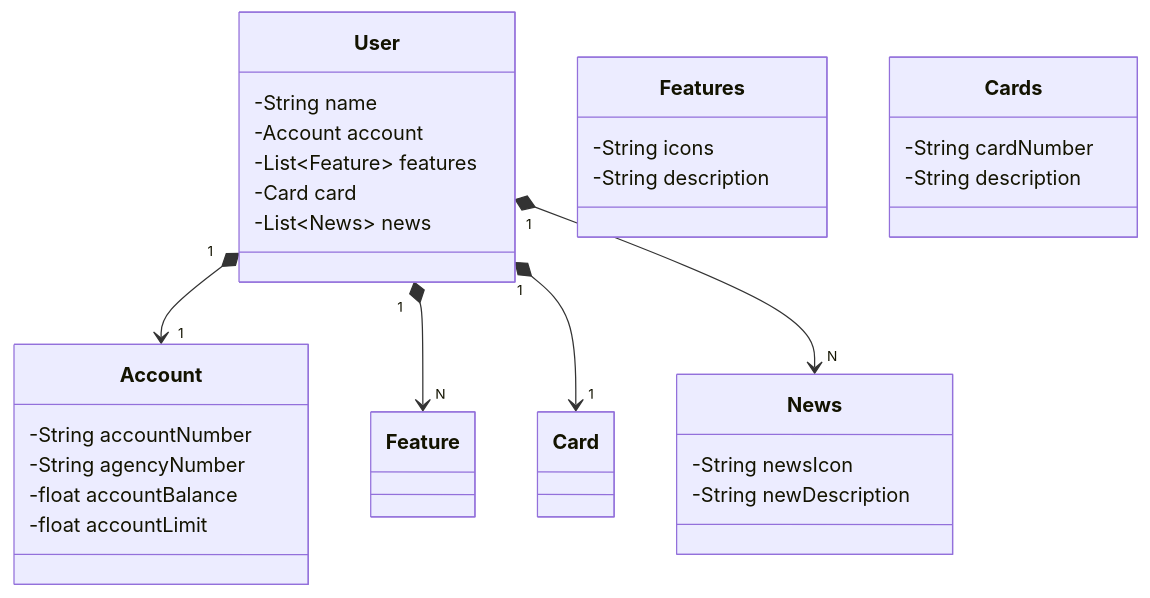
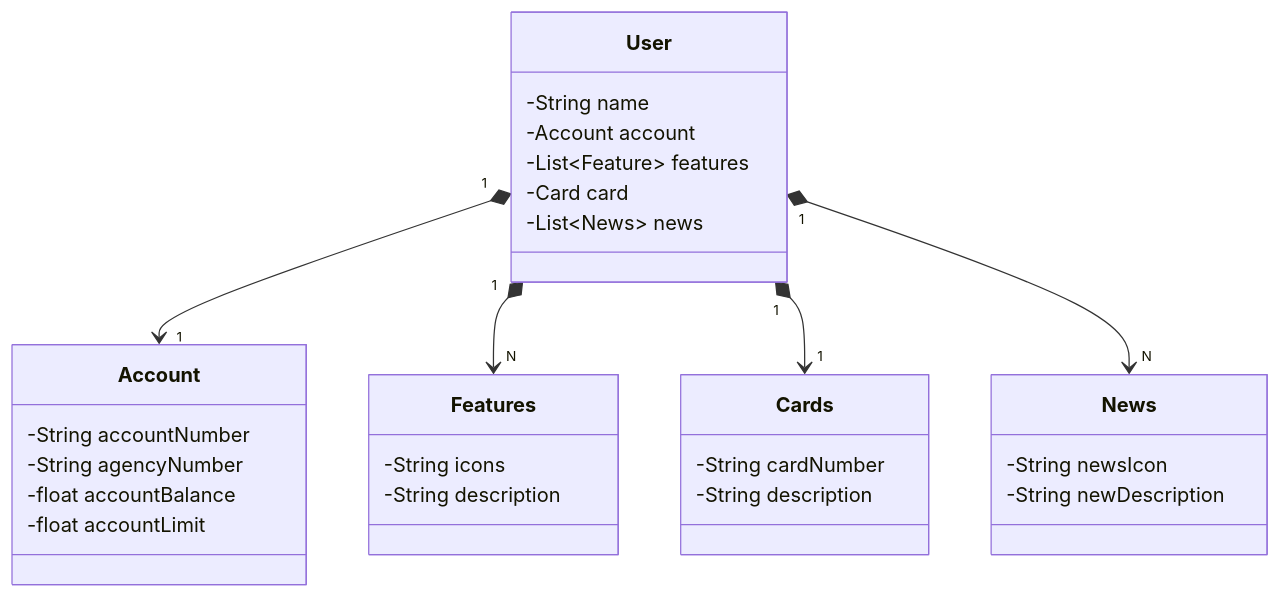
The diagram in README.md (douglashsoares/SpringBootApi-Java-Santander), drawn with Mermaid before and after one commit.

Commit message:
Update README.md
readme update2

````diff
--- a/README.md
+++ b/README.md
@@ -4,37 +4,37 @@
 ```mermaid
 classDiagram
     class User {
         -String name
         -Account account
         -List~Feature~ features
         -Card card
         -List~News~ news
     }
     
     class Account {
         -String accountNumber
         -String agencyNumber
         -float accountBalance
         -float accountLimit
     }
     
     class Features {
         -String icons
         -String description
     }
     
     class Cards {
         -String cardNumber
         -String description
     }
     
     class News {
         -String newsIcon
         -String newDescription
     }
     
     User "1" *--> "1" Account
-    User "1" *--> "N" Feature
-    User "1" *--> "1" Card
+    User "1" *--> "N" Features
+    User "1" *--> "1" Cards
     User "1" *--> "N" News
 ```
````
